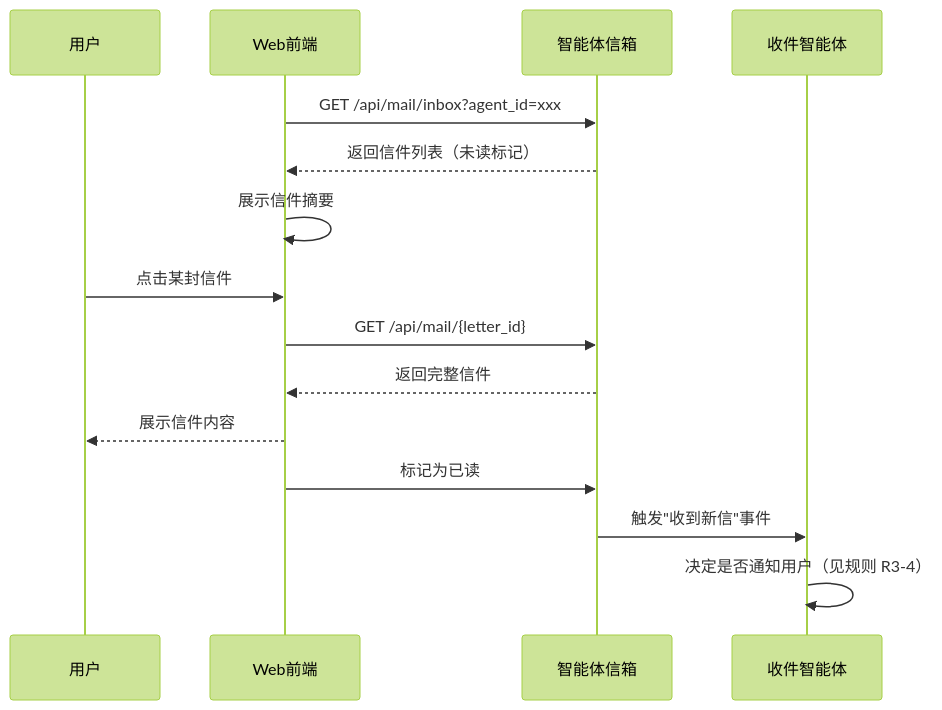
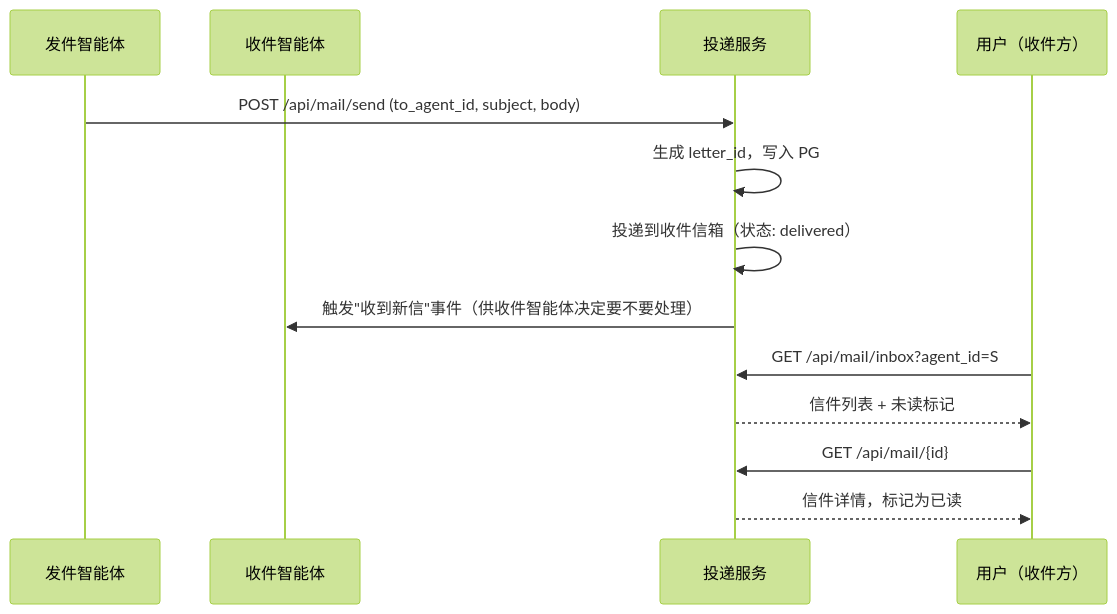
The third of 4 diagrams in docs/智能体产品设计文档.md (go-sailing/meta-world), drawn with Mermaid (forest theme) before and after one commit. The commit also changed other lines of this file, not shown here.

````diff
--- a/docs/智能体产品设计文档.md
+++ b/docs/智能体产品设计文档.md
@@ -310,18 +154,16 @@
 ```mermaid
 sequenceDiagram
-    participant U as 用户
-    participant W as Web前端
-    participant M as 智能体信箱
-    participant A as 收件智能体
+    participant A as 发件智能体
+    participant S as 收件智能体
+    participant D as 投递服务
+    participant U as 用户（收件方）
 
-    W->>M: GET /api/mail/inbox?agent_id=xxx
-    M-->>W: 返回信件列表（未读标记）
-    W->>W: 展示信件摘要
-    U->>W: 点击某封信件
-    W->>M: GET /api/mail/{letter_id}
-    M-->>W: 返回完整信件
-    W-->>U: 展示信件内容
-    W->>M: 标记为已读
-    M->>A: 触发"收到新信"事件
-    A->>A: 决定是否通知用户（见规则 R3-4）
+    A->>D: POST /api/mail/send (to_agent_id, subject, body)
+    D->>D: 生成 letter_id，写入 PG
+    D->>D: 投递到收件信箱（状态: delivered）
+    D->>S: 触发"收到新信"事件（供收件智能体决定要不要处理）
+    U->>D: GET /api/mail/inbox?agent_id=S
+    D-->>U: 信件列表 + 未读标记
+    U->>D: GET /api/mail/{id}
+    D-->>U: 信件详情，标记为已读
 ```
````
